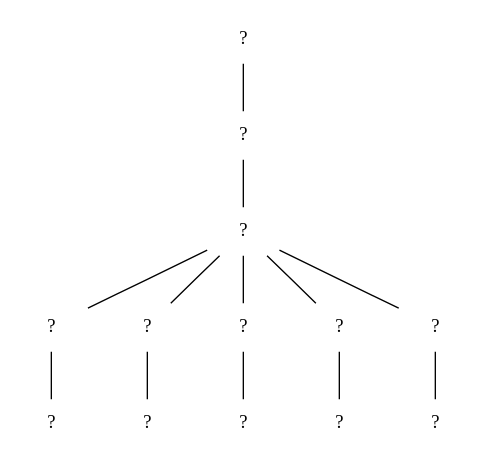
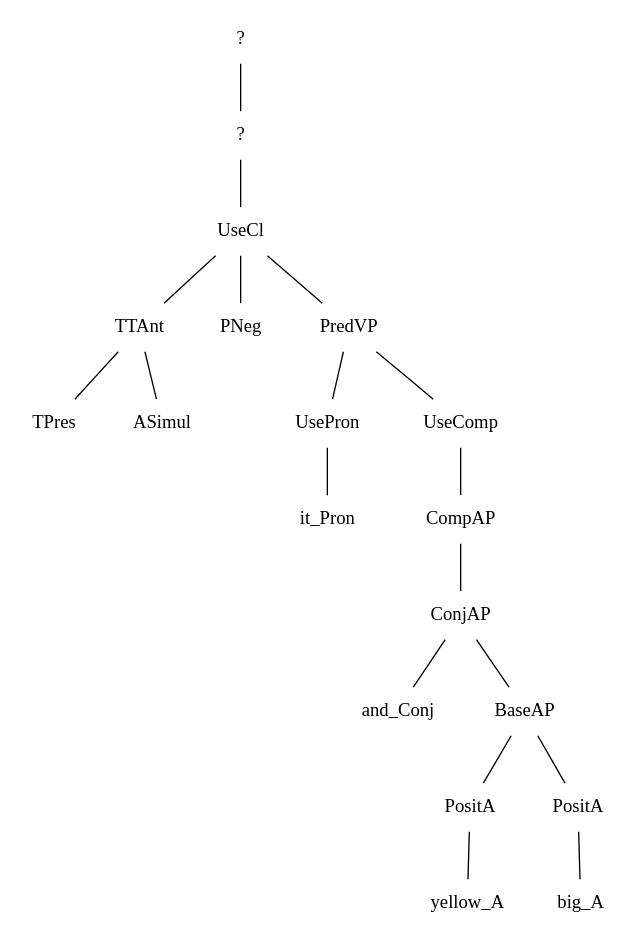
Before and after one commit to MalinAhlberg/SwedishProject: the diagram in mapping/tmp_tree.dot, drawn with Graphviz. The commit also changed 12 other files, not shown here.

```diff
--- a/mapping/tmp_tree.dot
+++ b/mapping/tmp_tree.dot
@@ -1,27 +1,39 @@
 graph {
 n0[label = "?", style = "solid", shape = "plaintext"] ;
 n0_0[label = "?", style = "solid", shape = "plaintext"] ;
 n0 -- n0_0 [style = "solid"];
-n0_0_0[label = "?", style = "solid", shape = "plaintext"] ;
+n0_0_0[label = "UseCl", style = "solid", shape = "plaintext"] ;
 n0_0 -- n0_0_0 [style = "solid"];
-n0_0_0_0[label = "?", style = "solid", shape = "plaintext"] ;
+n0_0_0_0[label = "TTAnt", style = "solid", shape = "plaintext"] ;
 n0_0_0 -- n0_0_0_0 [style = "solid"];
-n0_0_0_0_0[label = "?", style = "solid", shape = "plaintext"] ;
+n0_0_0_0_0[label = "TPres", style = "solid", shape = "plaintext"] ;
 n0_0_0_0 -- n0_0_0_0_0 [style = "solid"];
-n1_0_0_0[label = "?", style = "solid", shape = "plaintext"] ;
+n1_0_0_0_0[label = "ASimul", style = "solid", shape = "plaintext"] ;
+n0_0_0_0 -- n1_0_0_0_0 [style = "solid"];
+n1_0_0_0[label = "PNeg", style = "solid", shape = "plaintext"] ;
 n0_0_0 -- n1_0_0_0 [style = "solid"];
-n0_1_0_0_0[label = "?", style = "solid", shape = "plaintext"] ;
-n1_0_0_0 -- n0_1_0_0_0 [style = "solid"];
-n2_0_0_0[label = "?", style = "solid", shape = "plaintext"] ;
+n2_0_0_0[label = "PredVP", style = "solid", shape = "plaintext"] ;
 n0_0_0 -- n2_0_0_0 [style = "solid"];
-n0_2_0_0_0[label = "?", style = "solid", shape = "plaintext"] ;
+n0_2_0_0_0[label = "UsePron", style = "solid", shape = "plaintext"] ;
 n2_0_0_0 -- n0_2_0_0_0 [style = "solid"];
-n3_0_0_0[label = "?", style = "solid", shape = "plaintext"] ;
-n0_0_0 -- n3_0_0_0 [style = "solid"];
-n0_3_0_0_0[label = "?", style = "solid", shape = "plaintext"] ;
-n3_0_0_0 -- n0_3_0_0_0 [style = "solid"];
-n4_0_0_0[label = "?", style = "solid", shape = "plaintext"] ;
-n0_0_0 -- n4_0_0_0 [style = "solid"];
-n0_4_0_0_0[label = "?", style = "solid", shape = "plaintext"] ;
-n4_0_0_0 -- n0_4_0_0_0 [style = "solid"];
+n0_0_2_0_0_0[label = "it_Pron", style = "solid", shape = "plaintext"] ;
+n0_2_0_0_0 -- n0_0_2_0_0_0 [style = "solid"];
+n1_2_0_0_0[label = "UseComp", style = "solid", shape = "plaintext"] ;
+n2_0_0_0 -- n1_2_0_0_0 [style = "solid"];
+n0_1_2_0_0_0[label = "CompAP", style = "solid", shape = "plaintext"] ;
+n1_2_0_0_0 -- n0_1_2_0_0_0 [style = "solid"];
+n0_0_1_2_0_0_0[label = "ConjAP", style = "solid", shape = "plaintext"] ;
+n0_1_2_0_0_0 -- n0_0_1_2_0_0_0 [style = "solid"];
+n0_0_0_1_2_0_0_0[label = "and_Conj", style = "solid", shape = "plaintext"] ;
+n0_0_1_2_0_0_0 -- n0_0_0_1_2_0_0_0 [style = "solid"];
+n1_0_0_1_2_0_0_0[label = "BaseAP", style = "solid", shape = "plaintext"] ;
+n0_0_1_2_0_0_0 -- n1_0_0_1_2_0_0_0 [style = "solid"];
+n0_1_0_0_1_2_0_0_0[label = "PositA", style = "solid", shape = "plaintext"] ;
+n1_0_0_1_2_0_0_0 -- n0_1_0_0_1_2_0_0_0 [style = "solid"];
+n0_0_1_0_0_1_2_0_0_0[label = "yellow_A", style = "solid", shape = "plaintext"] ;
+n0_1_0_0_1_2_0_0_0 -- n0_0_1_0_0_1_2_0_0_0 [style = "solid"];
+n1_1_0_0_1_2_0_0_0[label = "PositA", style = "solid", shape = "plaintext"] ;
+n1_0_0_1_2_0_0_0 -- n1_1_0_0_1_2_0_0_0 [style = "solid"];
+n0_1_1_0_0_1_2_0_0_0[label = "big_A", style = "solid", shape = "plaintext"] ;
+n1_1_0_0_1_2_0_0_0 -- n0_1_1_0_0_1_2_0_0_0 [style = "solid"];
 }
```
